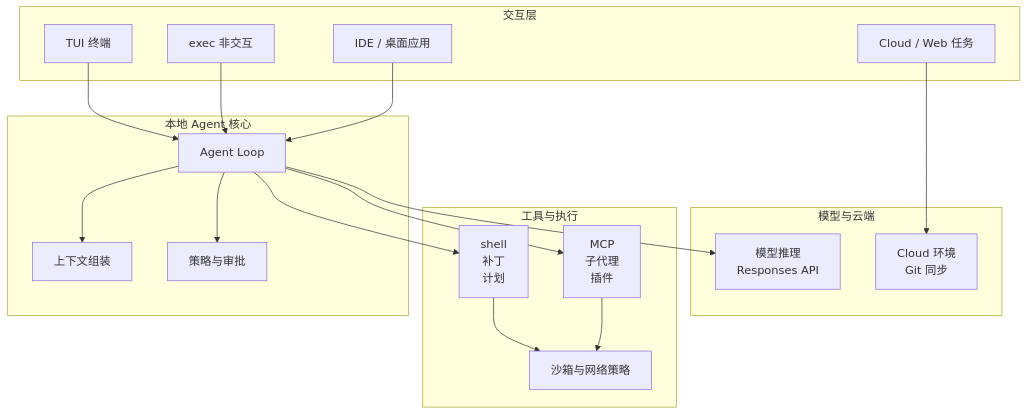
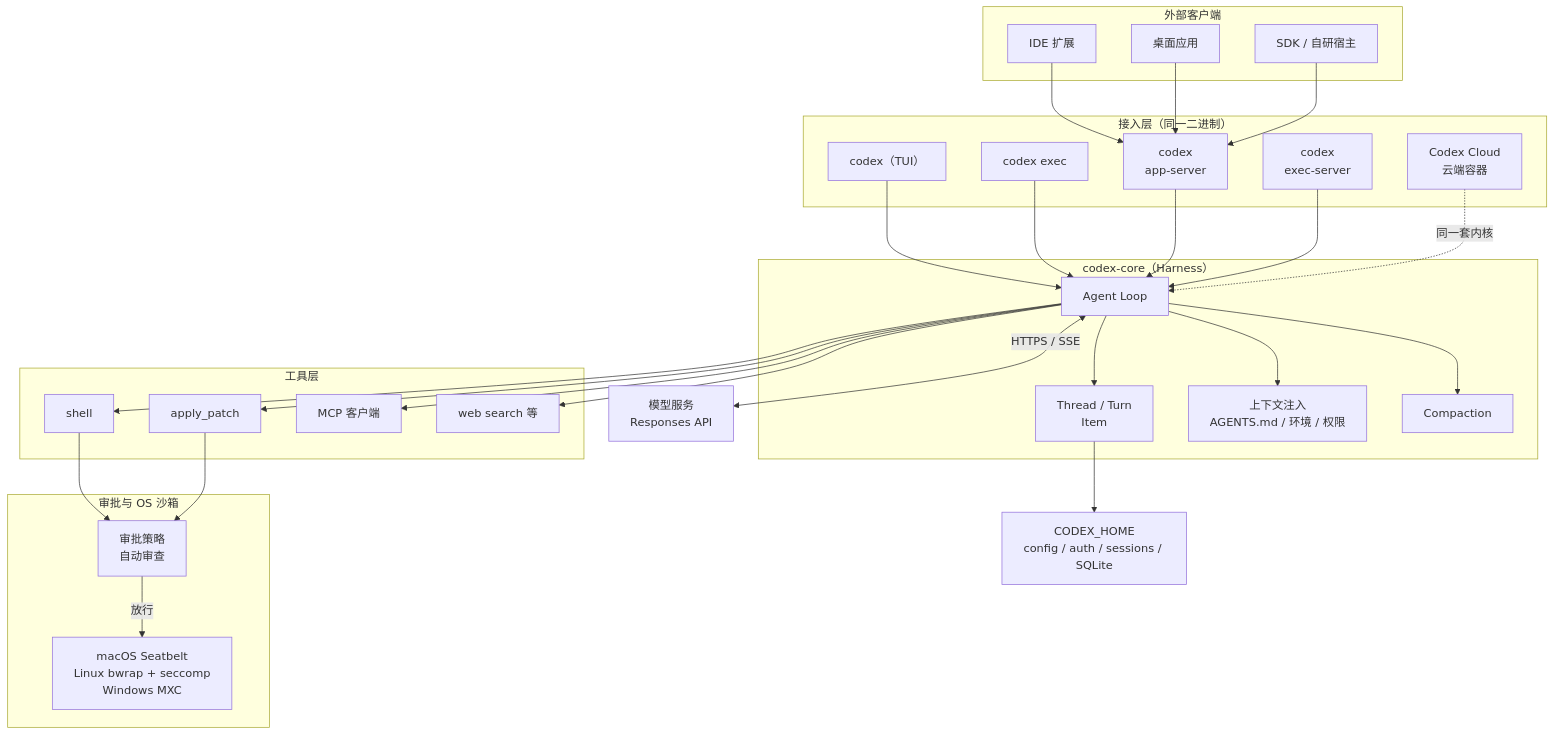
The first of 5 diagrams in Code/ai/harness/codex/codex@架构和设计以及组成部分说明.md (xuchaoxin1375/blogs), drawn with Mermaid before and after one commit. The commit also changed other lines of this file, not shown here.

Commit message:
docs(codex): 校正整体结构图并补齐客户端与状态层

````diff
--- a/Code/ai/harness/codex/codex@架构和设计以及组成部分说明.md
+++ b/Code/ai/harness/codex/codex@架构和设计以及组成部分说明.md
@@ -41,34 +41,54 @@
 ```mermaid
 flowchart TB
-    subgraph UI["交互层"]
-        A["TUI 终端"]
-        B["exec 非交互"]
-        C["IDE / 桌面应用"]
-        D["Cloud / Web 任务"]
+    subgraph CLIENT["外部客户端"]
+        IDE["IDE 扩展"]
+        DESK["桌面应用"]
+        SDK["SDK / 自研宿主"]
     end
-    subgraph CORE["本地 Agent 核心"]
-        E["Agent Loop"]
-        F["上下文组装"]
-        G["策略与审批"]
+    subgraph SURFACE["接入层（同一二进制）"]
+        TUI["codex（TUI）"]
+        EXEC["codex exec"]
+        AS["codex<br>app-server"]
+        ES["codex<br>exec-server"]
+        CLOUD["Codex Cloud<br>云端容器"]
     end
-    subgraph EXEC["工具与执行"]
-        H["shell<br>补丁<br>计划"]
-        I["MCP<br>子代理<br>插件"]
-        J["沙箱与网络策略"]
+    subgraph CORE["codex-core（Harness）"]
+        LOOP["Agent Loop"]
+        TH["Thread / Turn<br>Item"]
+        CTX["上下文注入<br>AGENTS.md / 环境 / 权限"]
+        CMP["Compaction"]
     end
-    subgraph BACKEND["模型与云端"]
-        K["模型推理<br>Responses API"]
-        L["Cloud 环境<br>Git 同步"]
+    subgraph TOOL["工具层"]
+        SH["shell"]
+        AP["apply_patch"]
+        MC["MCP 客户端"]
+        WEB["web search 等"]
     end
-    A --> E
-    B --> E
-    C --> E
-    D --> L
-    E --> F
-    E --> G
-    E --> H
-    E --> I
-    H --> J
-    I --> J
-    E --> K
+    subgraph SAFE["审批与 OS 沙箱"]
+        APR["审批策略<br>自动审查"]
+        SBX["macOS Seatbelt<br>Linux bwrap + seccomp<br>Windows MXC"]
+    end
+    MODEL["模型服务<br>Responses API"]
+    STATE["CODEX_HOME<br>config / auth / sessions / SQLite"]
+
+    IDE --> AS
+    DESK --> AS
+    SDK --> AS
+    TUI --> LOOP
+    EXEC --> LOOP
+    AS --> LOOP
+    ES --> LOOP
+    CLOUD -.->|"同一套内核"| LOOP
+    LOOP --> TH
+    LOOP --> CTX
+    LOOP --> CMP
+    LOOP --> SH
+    LOOP --> AP
+    LOOP --> MC
+    LOOP --> WEB
+    SH --> APR
+    AP --> APR
+    APR -->|"放行"| SBX
+    LOOP <-->|"HTTPS / SSE"| MODEL
+    TH --> STATE
 ```
````
